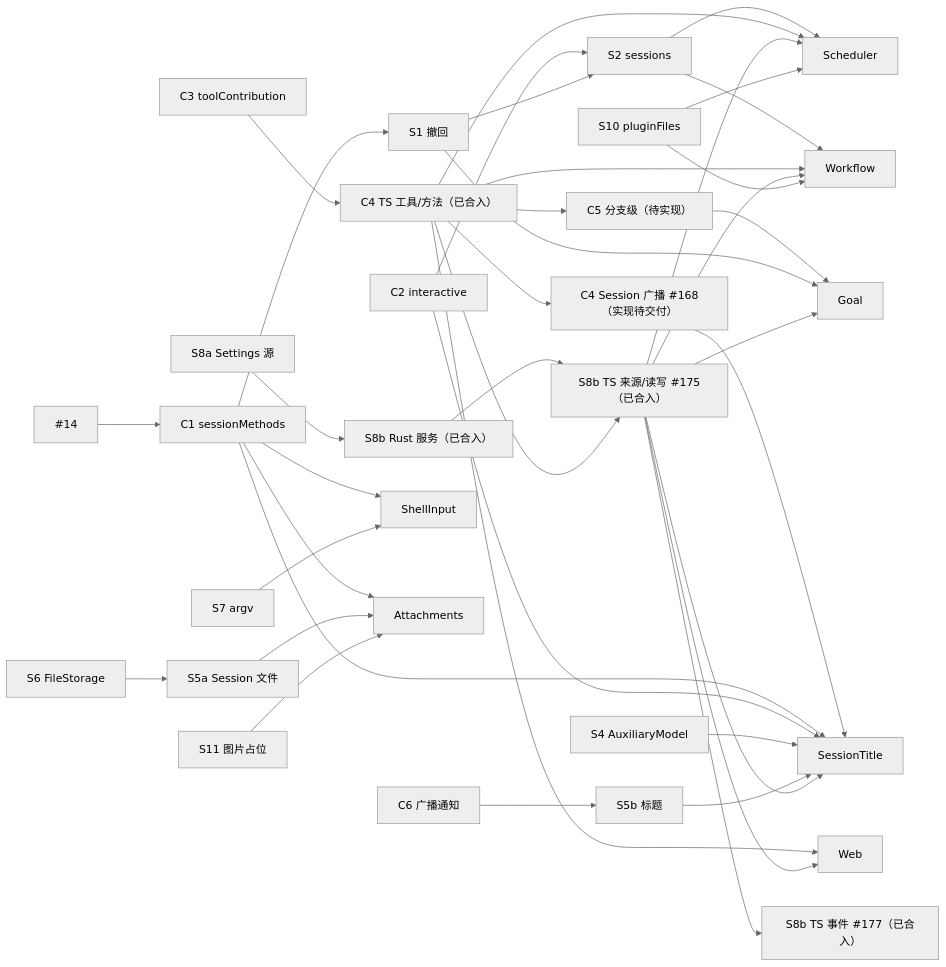
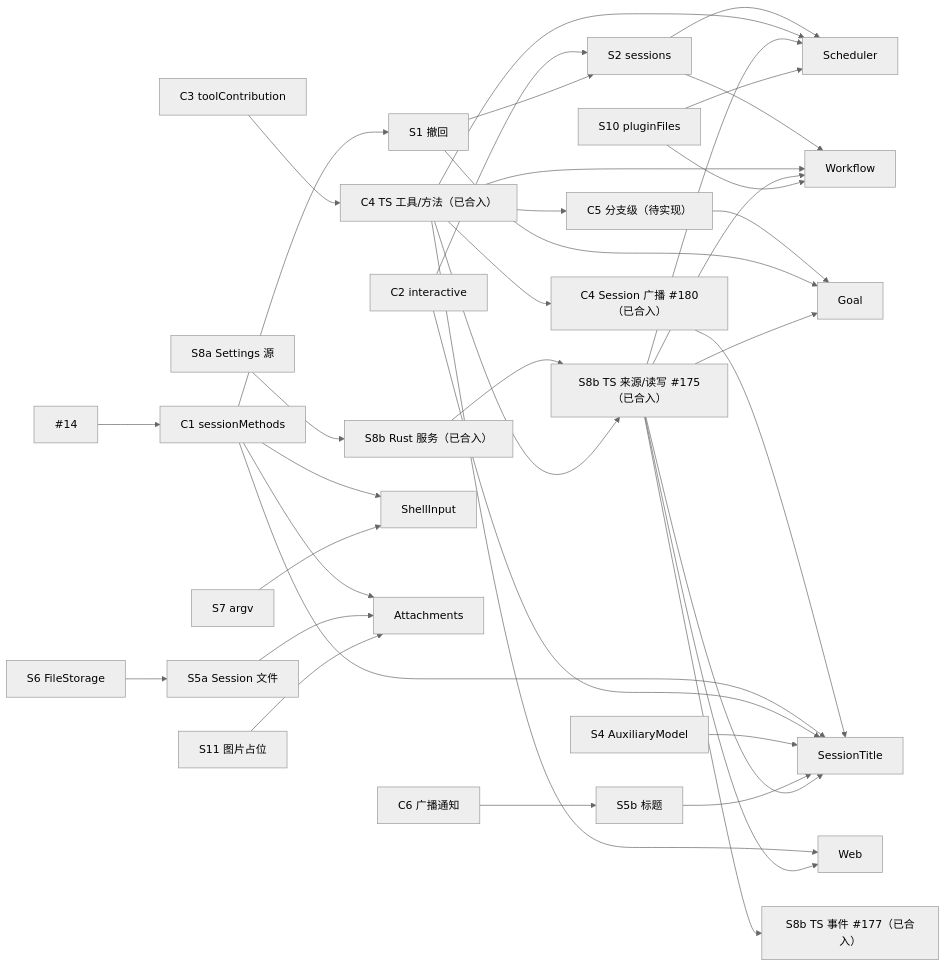
One commit to CoutinhoTTS/dim-agent changed the diagram in docs/design/roadmap.md. Above: the diagram before and after it, drawn with Mermaid (neutral theme). The commit also changed other lines of this file and 27 other files, not shown here.

````diff
--- a/docs/design/roadmap.md
+++ b/docs/design/roadmap.md
@@ -174,38 +174,38 @@
 ```mermaid
 flowchart LR
   PR14["#14"] --> C1["C1 sessionMethods"]
   C3["C3 toolContribution"] --> C4["C4 TS 工具/方法（已合入）"] --> C5["C5 分支级（待实现）"]
   C1 --> S1["S1 撤回"]
   C2["C2 interactive"] --> S2["S2 sessions"]
   S1 --> S2
   C6["C6 广播通知"] --> S5b["S5b 标题"]
   S6["S6 FileStorage"] --> S5a["S5a Session 文件"]
 
   C1 --> SH["ShellInput"]
   S7["S7 argv"] --> SH
   C1 --> AT["Attachments"]
   S5a --> AT
   S11["S11 图片占位"] --> AT
   C4 --> WEB["Web"]
   S8a["S8a Settings 源"] --> S8bRust["S8b Rust 服务（已合入）"] --> S8b["S8b TS 来源/读写 #175（已合入）"]
   C4 --> S8b
   S8b --> S8bEvents["S8b TS 事件 #177（已合入）"]
   S8b --> WEB
-  C4 --> Broadcast["C4 Session 广播 #168（实现待交付）"] --> ST["SessionTitle"]
+  C4 --> Broadcast["C4 Session 广播 #180（已合入）"] --> ST["SessionTitle"]
   C1 --> ST
   C2 --> ST
   S4["S4 AuxiliaryModel"] --> ST
   S5b --> ST
   S8b --> ST
   C5 --> GO["Goal"]
   S1 --> GO
   S8b --> GO
   S2 --> SC["Scheduler"]
   S2 --> WF["Workflow"]
   C4 --> SC
   C4 --> WF
   S8b --> SC
   S8b --> WF
   S10["S10 pluginFiles"] --> SC
   S10 --> WF
 ```
````
